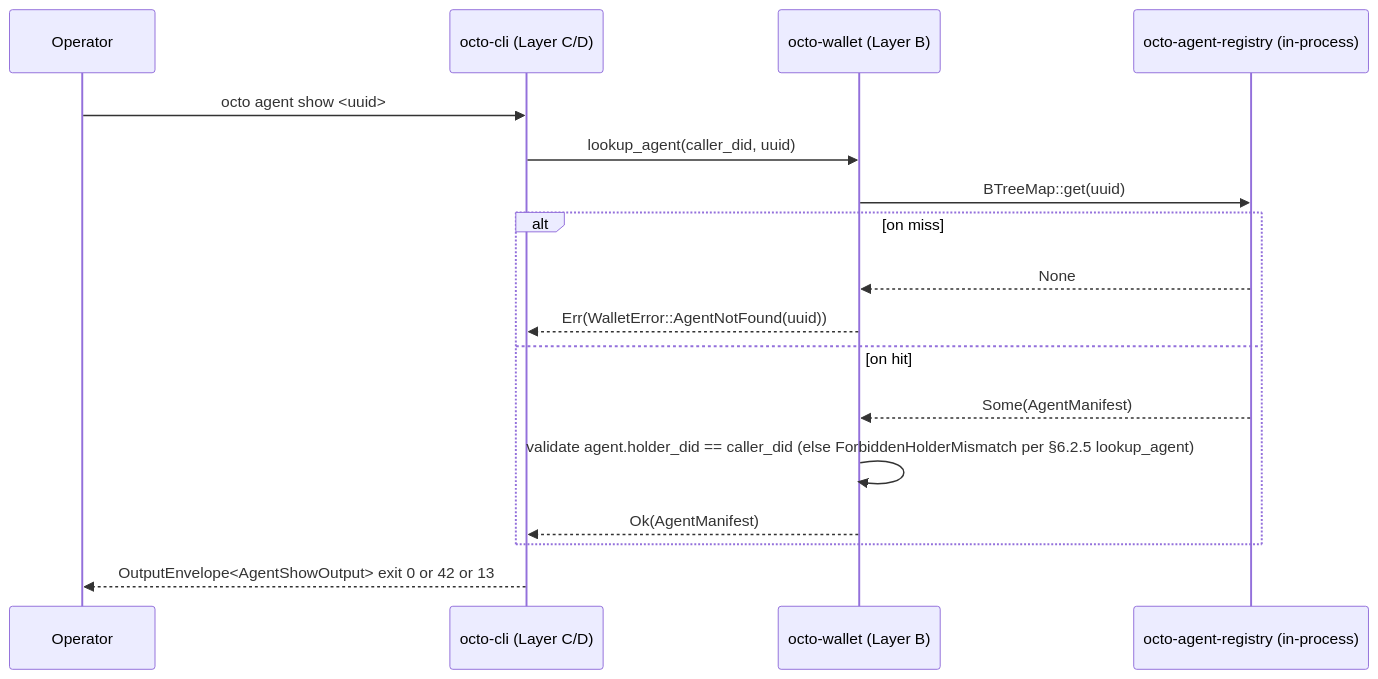
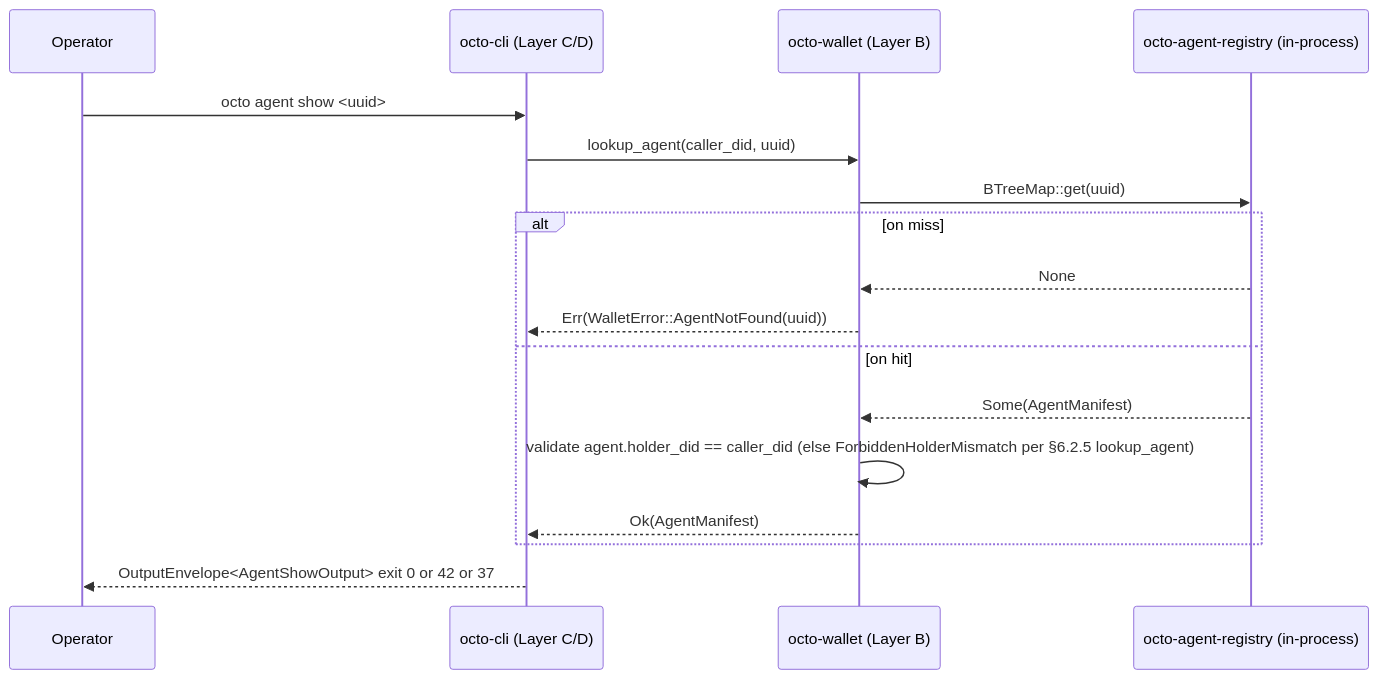
One commit to CipherOcto/cipherocto changed the second of 2 diagrams in rfcs/draft/process/0015-wallet-agent-operations.md. Above: the diagram before and after it, drawn with Mermaid. The commit also changed other lines of this file and 1 other file, not shown here.

````diff
--- a/rfcs/draft/process/0015-wallet-agent-operations.md
+++ b/rfcs/draft/process/0015-wallet-agent-operations.md
@@ -496,20 +492,20 @@
 ```mermaid
 sequenceDiagram
     participant Op as Operator
     participant CLI as octo-cli (Layer C/D)
     participant Wal as octo-wallet (Layer B)
     participant Reg as octo-agent-registry (in-process)
 
     Op->>CLI: octo agent show <uuid>
     CLI->>Wal: lookup_agent(caller_did, uuid)
     Wal->>Reg: BTreeMap::get(uuid)
     alt on miss
         Reg-->>Wal: None
         Wal-->>CLI: Err(WalletError::AgentNotFound(uuid))
     else on hit
         Reg-->>Wal: Some(AgentManifest)
         Wal->>Wal: validate agent.holder_did == caller_did (else ForbiddenHolderMismatch per §6.2.5 lookup_agent)
         Wal-->>CLI: Ok(AgentManifest)
     end
-    CLI-->>Op: OutputEnvelope<AgentShowOutput> exit 0 or 42 or 13
+    CLI-->>Op: OutputEnvelope<AgentShowOutput> exit 0 or 42 or 37
 ```
````
